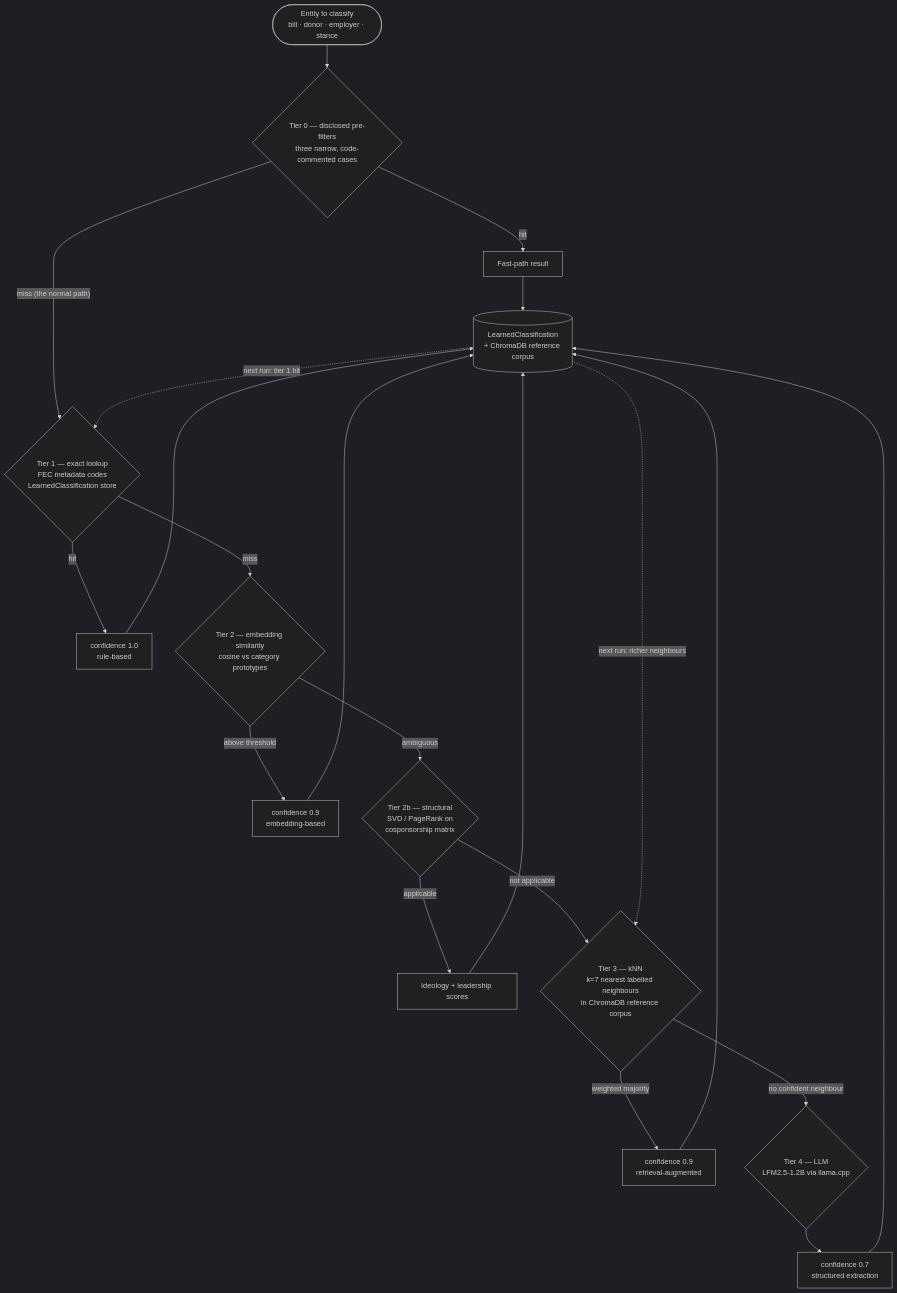
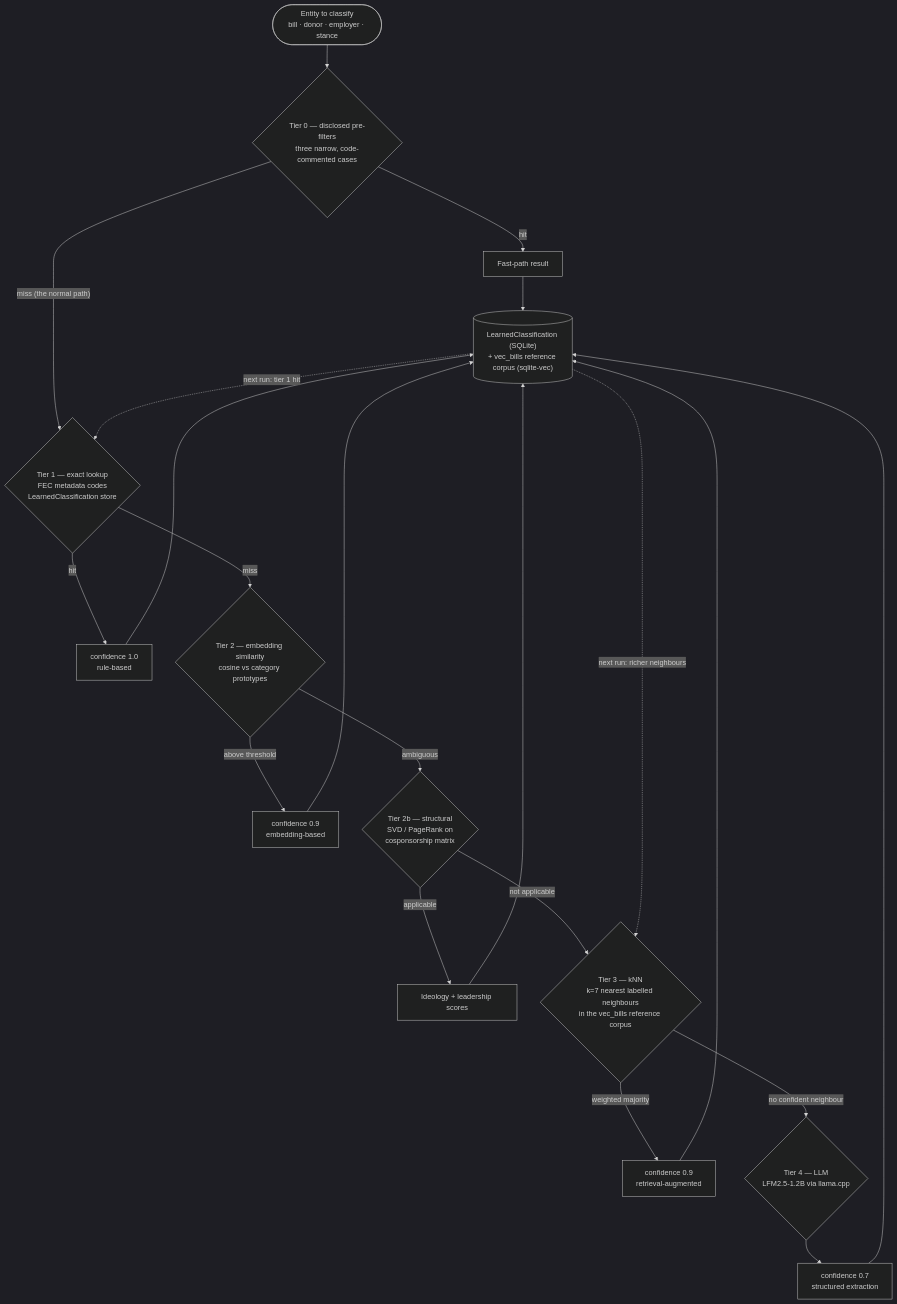
The diagram in docs/diagrams/04-classification-tiers.md (kamoras/civitas), drawn with Mermaid (dark theme) before and after one commit. The commit also changed other lines of this file and 10 other files, not shown here.

````diff
--- a/docs/diagrams/04-classification-tiers.md
+++ b/docs/diagrams/04-classification-tiers.md
@@ -8,38 +8,38 @@
 ```mermaid
 flowchart TB
     IN(["Entity to classify<br/>bill · donor · employer · stance"]) --> T0
 
     T0{"Tier 0 — disclosed pre-filters<br/>three narrow, code-commented cases"}
     T0 -->|"hit"| T0OUT["Fast-path result"]
     T0 -->|"miss (the normal path)"| T1
 
     T1{"Tier 1 — exact lookup<br/>FEC metadata codes<br/>LearnedClassification store"}
     T1 -->|hit| C10["confidence 1.0<br/>rule-based"]
     T1 -->|miss| T2
 
     T2{"Tier 2 — embedding similarity<br/>cosine vs category prototypes"}
     T2 -->|"above threshold"| C09["confidence 0.9<br/>embedding-based"]
     T2 -->|"ambiguous"| T2B
 
     T2B{"Tier 2b — structural<br/>SVD / PageRank on<br/>cosponsorship matrix"}
     T2B -->|"applicable"| C09B["Ideology + leadership scores"]
     T2B -->|"not applicable"| T3
 
-    T3{"Tier 3 — kNN<br/>k=7 nearest labelled neighbours<br/>in ChromaDB reference corpus"}
+    T3{"Tier 3 — kNN<br/>k=7 nearest labelled neighbours<br/>in the vec_bills reference corpus"}
     T3 -->|"weighted majority"| C09C["confidence 0.9<br/>retrieval-augmented"]
     T3 -->|"no confident neighbour"| T4
 
     T4{"Tier 4 — LLM<br/>LFM2.5-1.2B via llama.cpp"}
     T4 --> C07["confidence 0.7<br/>structured extraction"]
 
     C10 --> STORE
     C09 --> STORE
     C09B --> STORE
     C09C --> STORE
     C07 --> STORE
     T0OUT --> STORE
 
-    STORE[("LearnedClassification<br/>+ ChromaDB reference corpus")]
+    STORE[("LearnedClassification (SQLite)<br/>+ vec_bills reference corpus (sqlite-vec)")]
     STORE -.->|"next run: tier 1 hit"| T1
     STORE -.->|"next run: richer neighbours"| T3
 ```
````
